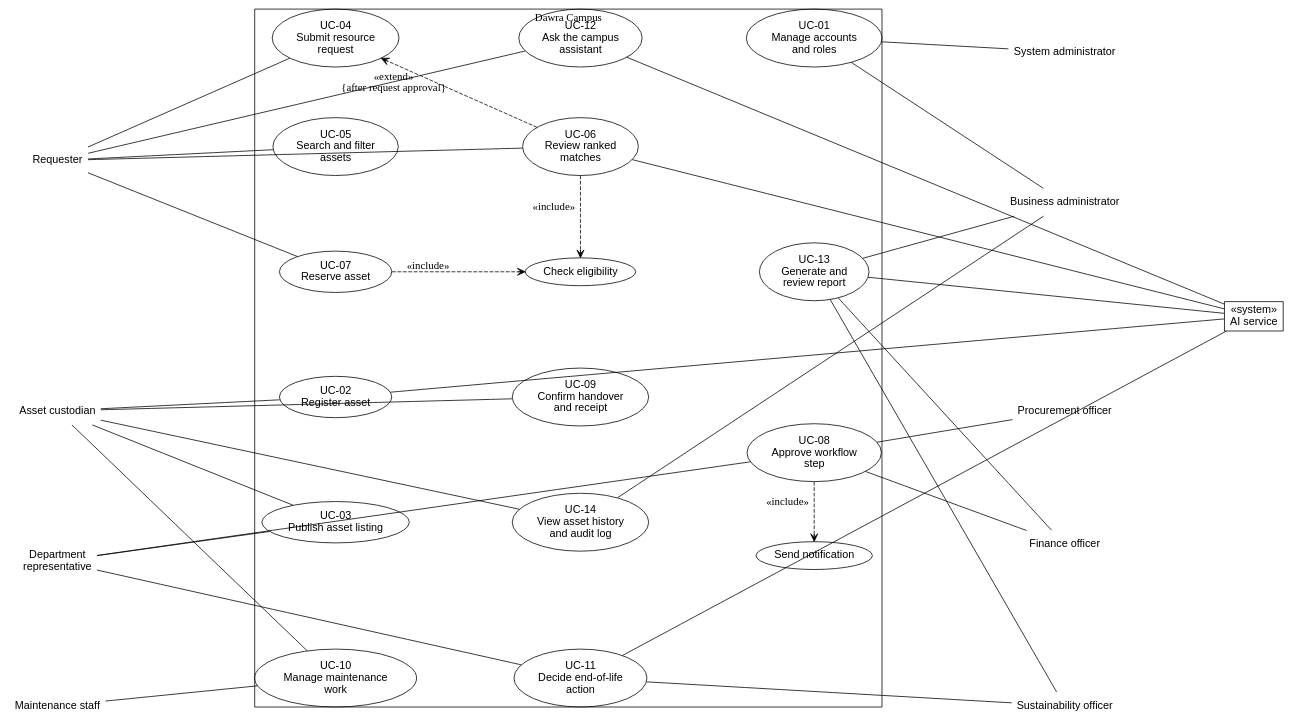
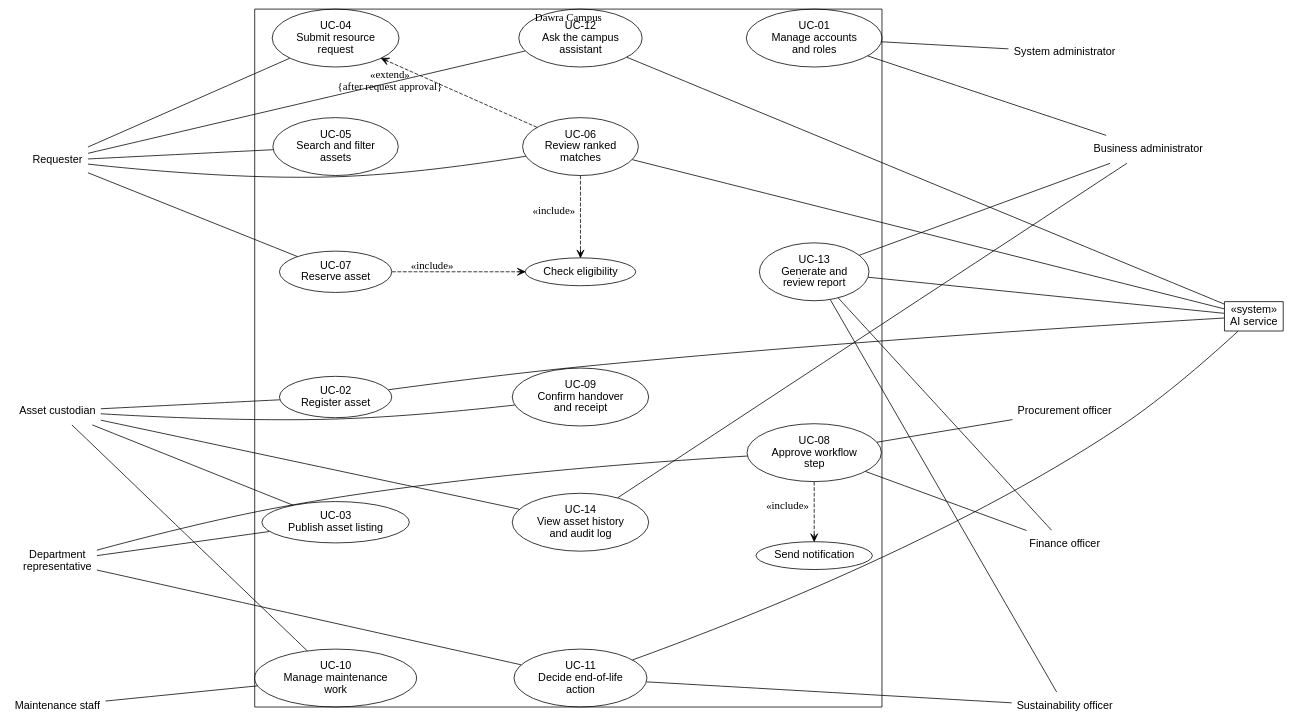
The diagram in docs/phase3/images/use-case-diagram.dot (duqins/ITS), drawn with Graphviz before and after one commit. The commit also changed 2 other files, not shown here.

Commit message:
inshallah the last time I change the use case diagram
changed some minor errors in the use case diagram

```diff
--- a/docs/phase3/images/use-case-diagram.dot
+++ b/docs/phase3/images/use-case-diagram.dot
@@ -1,66 +1,66 @@
 // Editable vector artwork: use-case-diagram.svg. Actor symbols there are UML stick figures.
 digraph UseCases {
-graph [layout=neato, overlap=true, splines=false, outputorder=edgesfirst, bgcolor="white"];
+graph [layout=neato, overlap=true, splines=true, outputorder=edgesfirst, bgcolor="white"];
 node [fontname="Arial",pin=true];
 edge [arrowhead=none];
 rq [shape=plaintext,label="Requester",pos="1.5,11.8!"];
 ac [shape=plaintext,label="Asset custodian",pos="1.5,7.3!"];
 dr [shape=plaintext,label="Department\nrepresentative",pos="1.5,4.6!"];
 mt [shape=plaintext,label="Maintenance staff",pos="1.5,2!"];
 sa [shape=plaintext,label="System administrator",pos="19.6,13.75!"];
-ba [shape=plaintext,label="Business administrator",pos="19.6,11.05!"];
+ba [shape=plaintext,label="Business administrator",pos="21.1,12!"];
 proc [shape=plaintext,label="Procurement officer",pos="19.6,7.3!"];
 fin [shape=plaintext,label="Finance officer",pos="19.6,4.9!"];
 sus [shape=plaintext,label="Sustainability officer",pos="19.6,2!"];
 ai [shape=box,label="«system»\nAI service",pos="23,9!"];
 subgraph cluster_system {label="Dawra Campus";
 uc1 [shape=ellipse,label="UC-01\nManage accounts\nand roles",pos="15.1,14!"];
 uc2 [shape=ellipse,label="UC-02\nRegister asset",pos="6.5,7.55!"];
 uc3 [shape=ellipse,label="UC-03\nPublish asset listing",pos="6.5,5.3!"];
 uc4 [shape=ellipse,label="UC-04\nSubmit resource\nrequest",pos="6.5,14!"];
 uc5 [shape=ellipse,label="UC-05\nSearch and filter\nassets",pos="6.5,12.05!"];
 uc6 [shape=ellipse,label="UC-06\nReview ranked\nmatches",pos="10.9,12.05!"];
 uc7 [shape=ellipse,label="UC-07\nReserve asset",pos="6.5,9.8!"];
 uc8 [shape=ellipse,label="UC-08\nApprove workflow\nstep",pos="15.1,6.55!"];
 uc9 [shape=ellipse,label="UC-09\nConfirm handover\nand receipt",pos="10.9,7.55!"];
 uc10 [shape=ellipse,label="UC-10\nManage maintenance\nwork",pos="6.5,2.5!"];
 uc11 [shape=ellipse,label="UC-11\nDecide end-of-life\naction",pos="10.9,2.5!"];
 uc12 [shape=ellipse,label="UC-12\nAsk the campus\nassistant",pos="10.9,14!"];
 uc13 [shape=ellipse,label="UC-13\nGenerate and\nreview report",pos="15.1,9.8!"];
 uc14 [shape=ellipse,label="UC-14\nView asset history\nand audit log",pos="10.9,5.3!"];
 elig [shape=ellipse,label="Check eligibility",pos="10.9,9.8!"];
 notify [shape=ellipse,label="Send notification",pos="15.1,4.7!"];
 }
 rq -> uc4;
 rq -> uc5;
 rq -> uc6;
 rq -> uc7;
 rq -> uc12;
 ac -> uc2;
 ac -> uc3;
 ac -> uc9;
 ac -> uc10;
 ac -> uc14;
 dr -> uc3;
 dr -> uc8;
 dr -> uc11;
 mt -> uc10;
 fin -> uc8;
 fin -> uc13;
 proc -> uc8;
 sus -> uc11;
 sus -> uc13;
 ba -> uc1;
 ba -> uc13;
 ba -> uc14;
 sa -> uc1;
 ai -> uc2;
 ai -> uc6;
 ai -> uc11;
 ai -> uc12;
 ai -> uc13;
 uc6 -> elig [style=dashed,arrowhead=open,label="«include»"];
 uc7 -> elig [style=dashed,arrowhead=open,label="«include»"];
 uc8 -> notify [style=dashed,arrowhead=open,label="«include»"];
 uc6 -> uc4 [style=dashed,arrowhead=open,label="«extend»\n{after request approval}"];
 }
```
